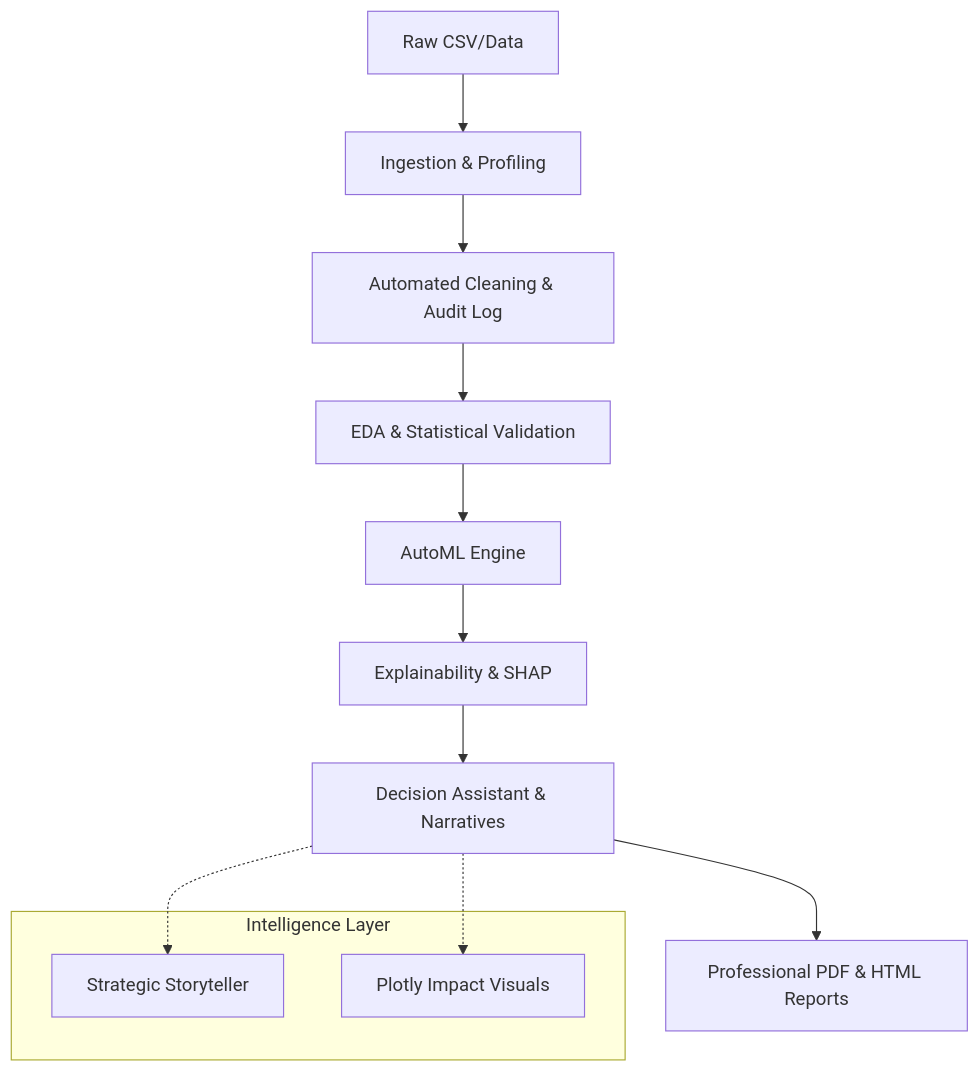
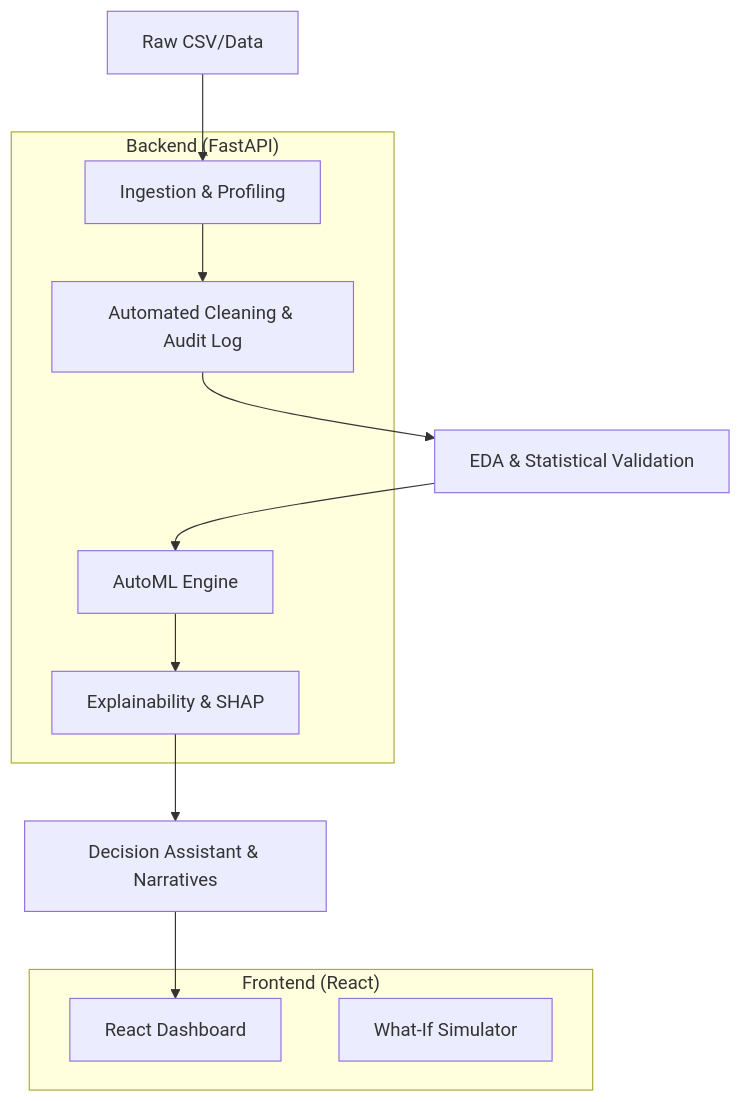
Before and after one commit to rajveersinghal/ANALYTIX.AI: the diagram in README.md, drawn with Mermaid. The commit also changed other lines of this file and 7 other files, not shown here.

````diff
--- a/README.md
+++ b/README.md
@@ -42,18 +41,22 @@
 ```mermaid
 graph TD
     Data[Raw CSV/Data] --> Ingest[Ingestion & Profiling]
     Ingest --> Clean[Automated Cleaning & Audit Log]
     Clean --> Insights[EDA & Statistical Validation]
     Insights --> Modeling[AutoML Engine]
     Modeling --> XAI[Explainability & SHAP]
     XAI --> Strategy[Decision Assistant & Narratives]
-    Strategy --> Export[Professional PDF & HTML Reports]
+    Strategy --> Frontend[React Dashboard]
     
-    subgraph "Intelligence Layer"
-        Narrative[Strategic Storyteller]
-        Charts[Plotly Impact Visuals]
+    subgraph "Backend (FastAPI)"
+        Ingest
+        Clean
+        Modeling
+        XAI
     end
     
-    Strategy -.-> Narrative
-    Strategy -.-> Charts
+    subgraph "Frontend (React)"
+        Frontend
+        Sim[What-If Simulator]
+    end
 ```
````
